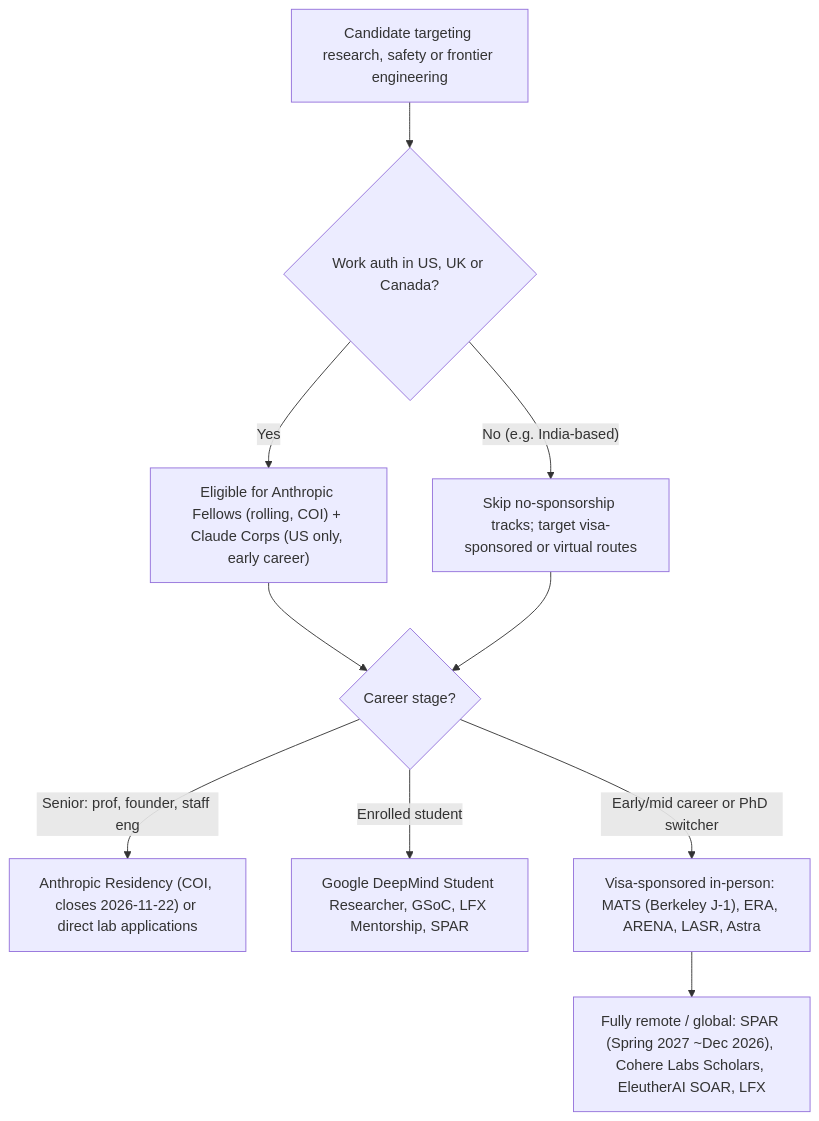
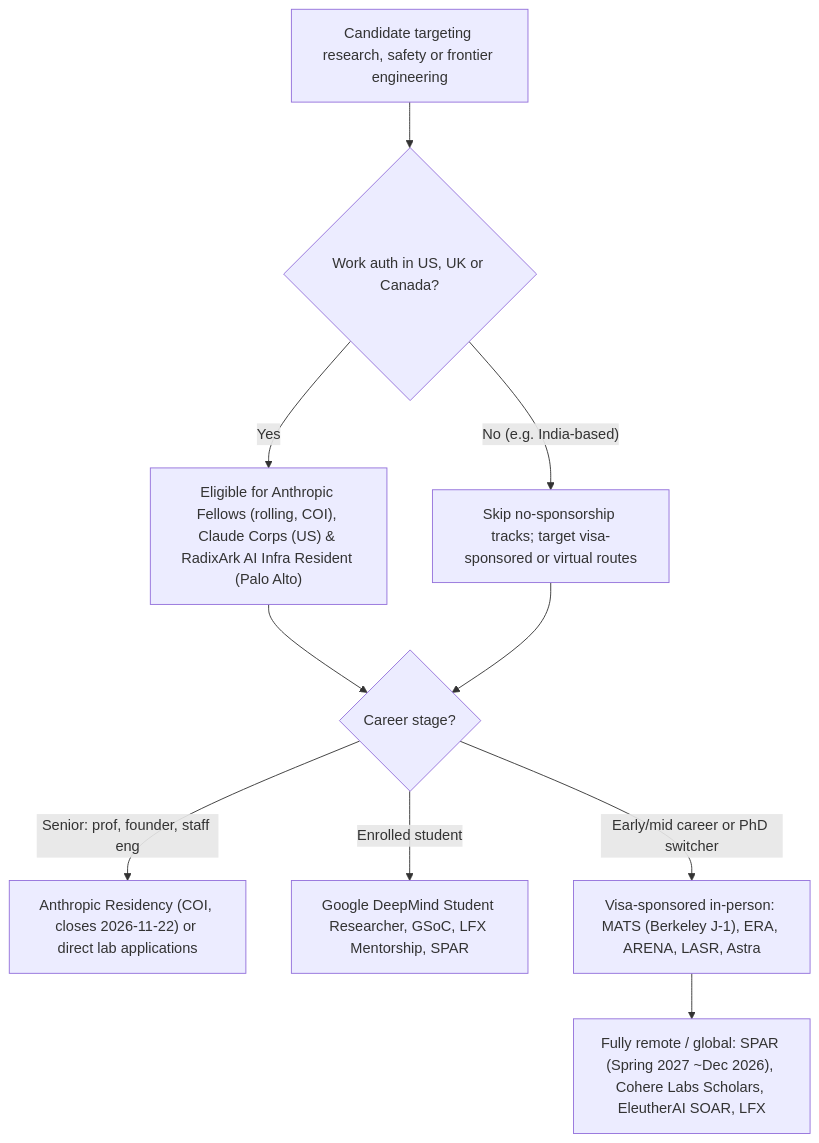
The diagram in career/07-networking/fellowships-and-residencies.md (bhaskarjha-dev/genai-career), drawn with Mermaid before and after one commit. The commit also changed other lines of this file and 5 other files, not shown here.

First line of the commit message:
feat(networking): add RadixArk residency, T0-05 micro-audit outreach rubric and Maven price reconciliation

````diff
--- a/career/07-networking/fellowships-and-residencies.md
+++ b/career/07-networking/fellowships-and-residencies.md
@@ -32,12 +32,12 @@
 ```mermaid
 flowchart TD
     S["Candidate targeting research, safety or frontier engineering"] --> G{"Work auth in US, UK or Canada?"}
-    G -->|"Yes"| A1["Eligible for Anthropic Fellows (rolling, COI) + Claude Corps (US only, early career)"]
+    G -->|"Yes"| A1["Eligible for Anthropic Fellows (rolling, COI), Claude Corps (US) & RadixArk AI Infra Resident (Palo Alto)"]
     G -->|"No (e.g. India-based)"| A2["Skip no-sponsorship tracks; target visa-sponsored or virtual routes"]
     A1 --> L{"Career stage?"}
     A2 --> L
     L -->|"Senior: prof, founder, staff eng"| R1["Anthropic Residency (COI, closes 2026-11-22) or direct lab applications"]
     L -->|"Enrolled student"| R2["Google DeepMind Student Researcher, GSoC, LFX Mentorship, SPAR"]
     L -->|"Early/mid career or PhD switcher"| R3["Visa-sponsored in-person: MATS (Berkeley J-1), ERA, ARENA, LASR, Astra"]
     R3 --> R4["Fully remote / global: SPAR (Spring 2027 ~Dec 2026), Cohere Labs Scholars, EleutherAI SOAR, LFX"]
 ```
````
